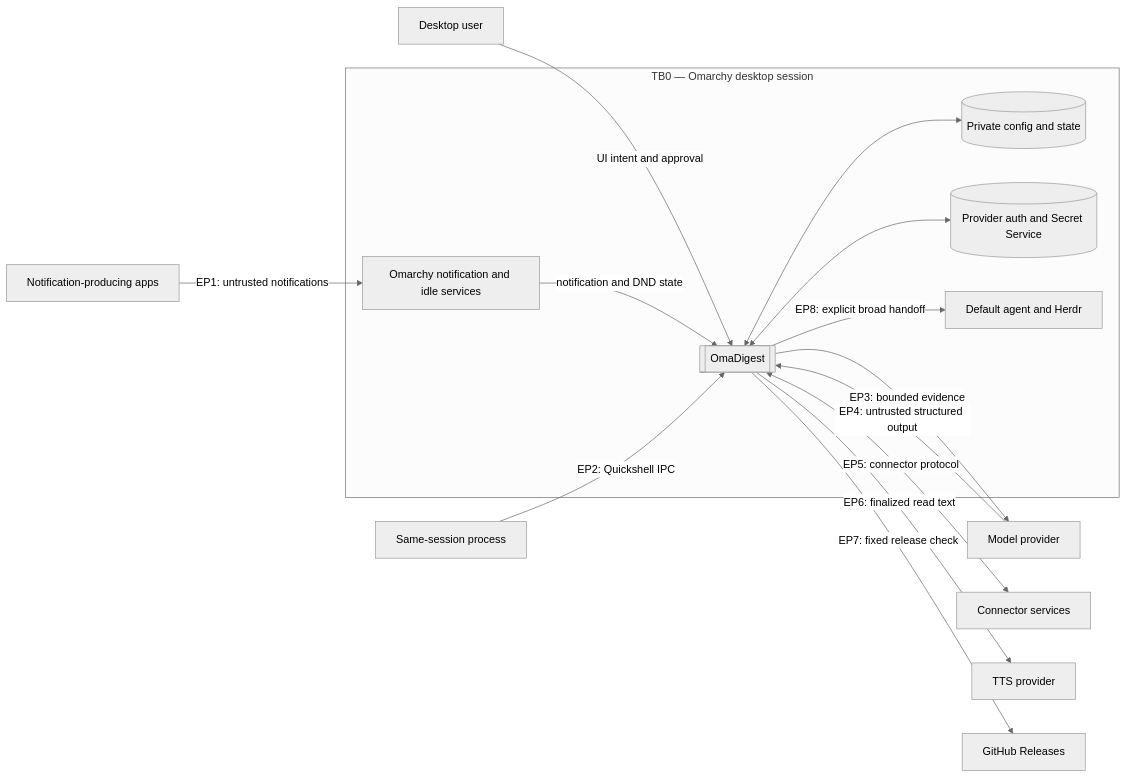
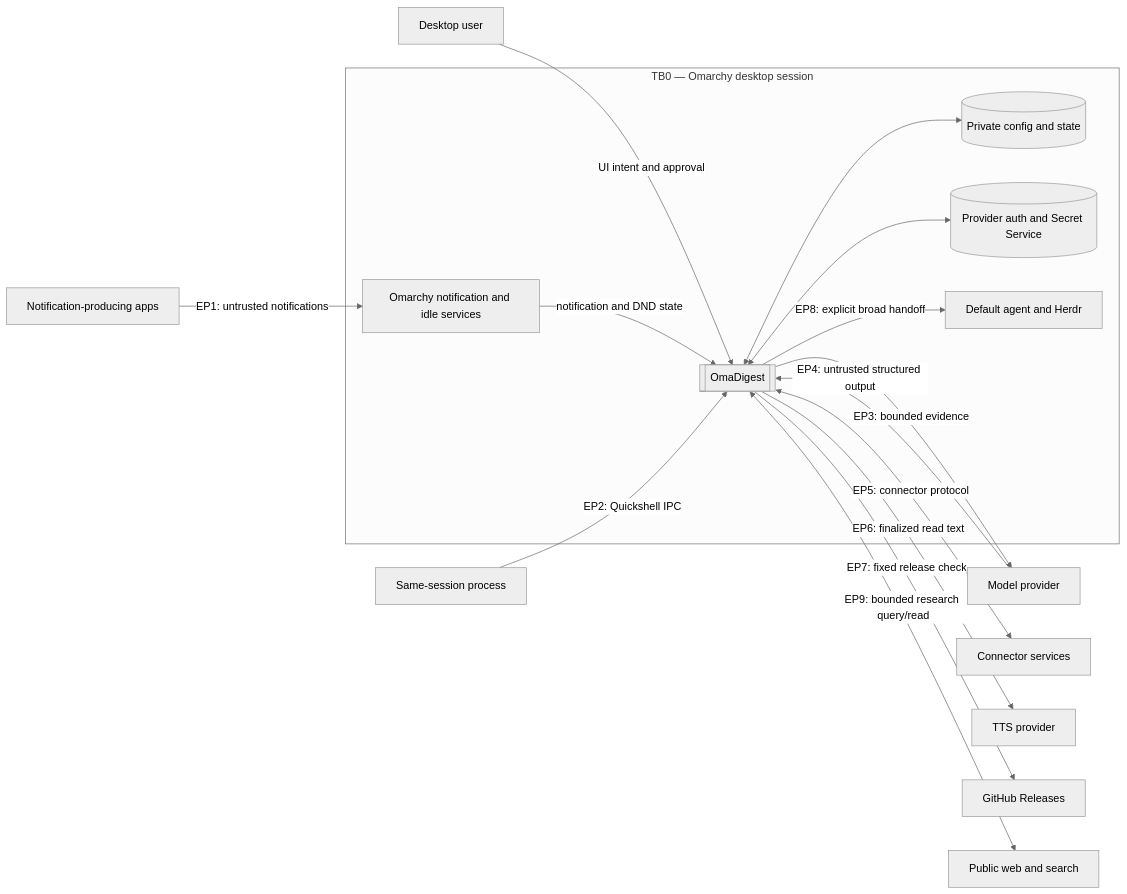
The first of 3 diagrams in docs/threat-model.md (jacob-vincent-mink/omadigest), drawn with Mermaid (neutral theme) before and after one commit. The commit also changed other lines of this file and 24 other files, not shown here.

````diff
--- a/docs/threat-model.md
+++ b/docs/threat-model.md
@@ -56,31 +59,33 @@
 ```mermaid
 flowchart LR
   User[Desktop user]
   Apps[Notification-producing apps]
   Local[Same-session process]
   Model[Model provider]
   Sources[Connector services]
   Speech[TTS provider]
   Releases[GitHub Releases]
+  Web[Public web and search]
 
   subgraph TB0["TB0 — Omarchy desktop session"]
     Omarchy[Omarchy notification and idle services]
     Oma[[OmaDigest]]
     State[(Private config and state)]
     Secrets[(Provider auth and Secret Service)]
     Agent[Default agent and Herdr]
   end
 
   User -->|UI intent and approval| Oma
   Apps -->|EP1: untrusted notifications| Omarchy
   Omarchy -->|notification and DND state| Oma
   Local -->|EP2: Quickshell IPC| Oma
   Oma <--> State
   Oma <--> Secrets
   Oma -->|EP3: bounded evidence| Model
   Model -->|EP4: untrusted structured output| Oma
   Oma <-->|EP5: connector protocol| Sources
   Oma -->|EP6: finalized read text| Speech
   Oma -->|EP7: fixed release check| Releases
   Oma -->|EP8: explicit broad handoff| Agent
+  Oma <-->|EP9: bounded research query/read| Web
 ```
````
